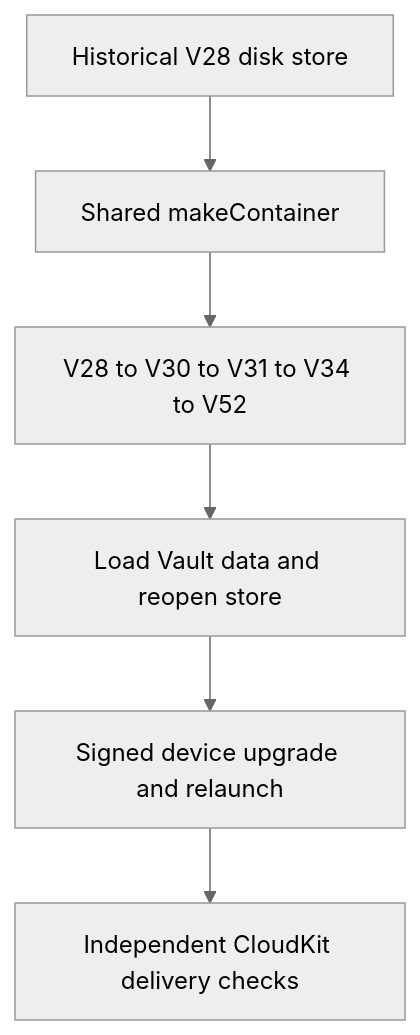
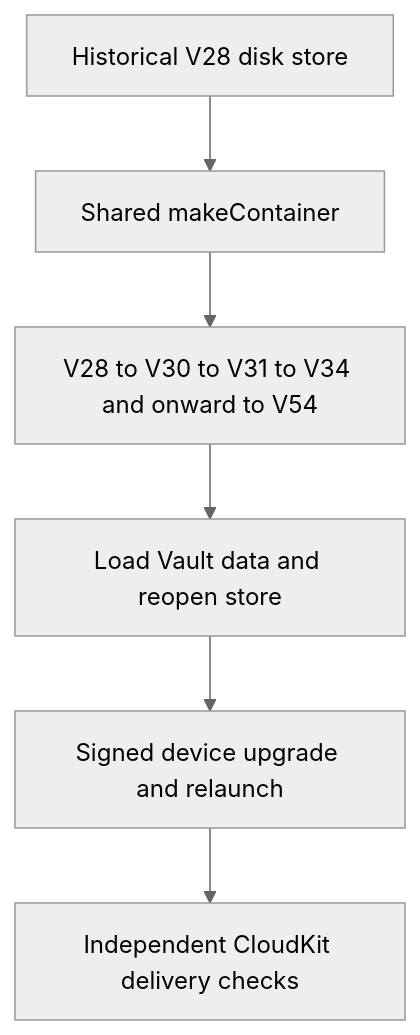
One commit to AkinoKaede/Termind changed the first of 2 diagrams in openwiki/operations/cloudkit-release-readiness.md. Above: the diagram before and after it, drawn with Mermaid (neutral theme). The commit also changed other lines of this file and 65 other files, not shown here.

````diff
--- a/openwiki/operations/cloudkit-release-readiness.md
+++ b/openwiki/operations/cloudkit-release-readiness.md
@@ -212,8 +220,8 @@
 ```mermaid
 flowchart TD
     Fixture["Historical V28 disk store"] --> Factory["Shared makeContainer"]
-    Factory --> Local["V28 to V30 to V31 to V34 to V52"]
+    Factory --> Local["V28 to V30 to V31 to V34 and onward to V54"]
     Local --> Verify["Load Vault data and reopen store"]
     Verify --> Device["Signed device upgrade and relaunch"]
     Device --> Cloud["Independent CloudKit delivery checks"]
 ```
````
